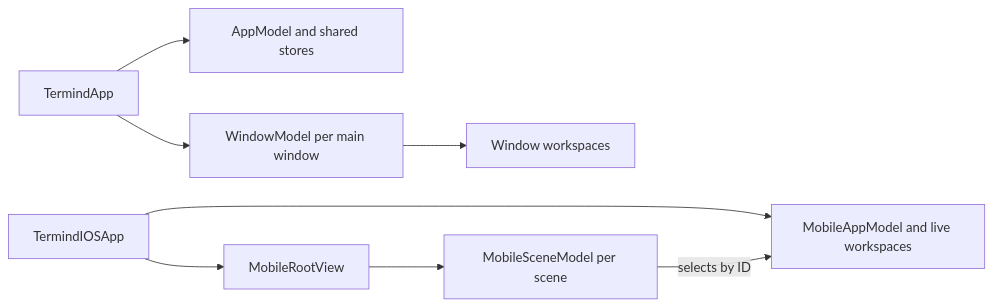
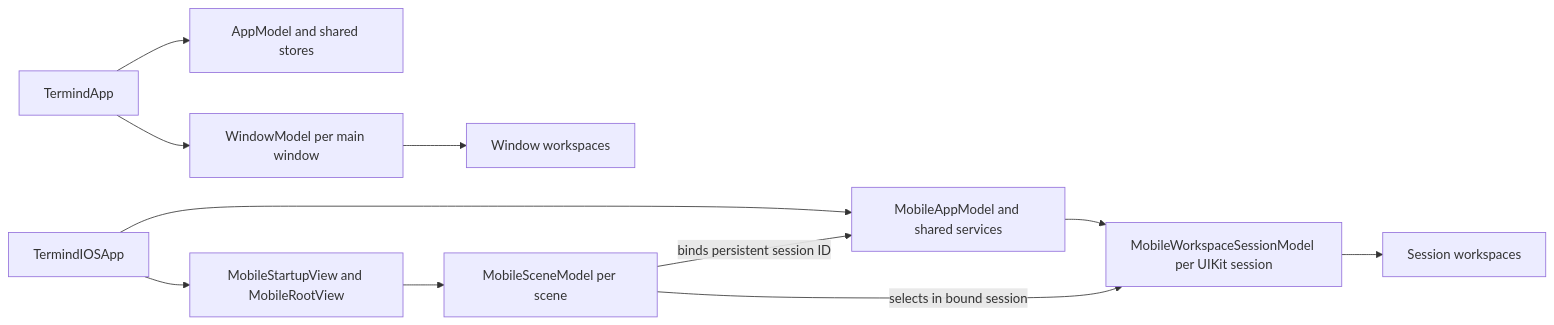
Before and after one commit to AkinoKaede/Termind: the third of 3 diagrams in openwiki/architecture/module-map.md, drawn with Mermaid. The commit also changed other lines of this file and 51 other files, not shown here.

````diff
--- a/openwiki/architecture/module-map.md
+++ b/openwiki/architecture/module-map.md
@@ -168,10 +176,13 @@
 ```mermaid
 flowchart LR
     DesktopEntry["TermindApp"] --> DesktopApp["AppModel and shared stores"]
     DesktopEntry --> DesktopWindow["WindowModel per main window"]
     DesktopWindow --> DesktopWorkspaces["Window workspaces"]
-    MobileEntry["TermindIOSApp"] --> MobileApp["MobileAppModel and live workspaces"]
-    MobileEntry --> MobileRoot["MobileRootView"]
+    MobileEntry["TermindIOSApp"] --> MobileApp["MobileAppModel and shared services"]
+    MobileEntry --> MobileRoot["MobileStartupView and MobileRootView"]
     MobileRoot --> MobileScene["MobileSceneModel per scene"]
-    MobileScene -->|"selects by ID"| MobileApp
+    MobileScene -->|"binds persistent session ID"| MobileApp
+    MobileApp --> MobileSession["MobileWorkspaceSessionModel per UIKit session"]
+    MobileScene -->|"selects in bound session"| MobileSession
+    MobileSession --> MobileWorkspaces["Session workspaces"]
 ```
````
